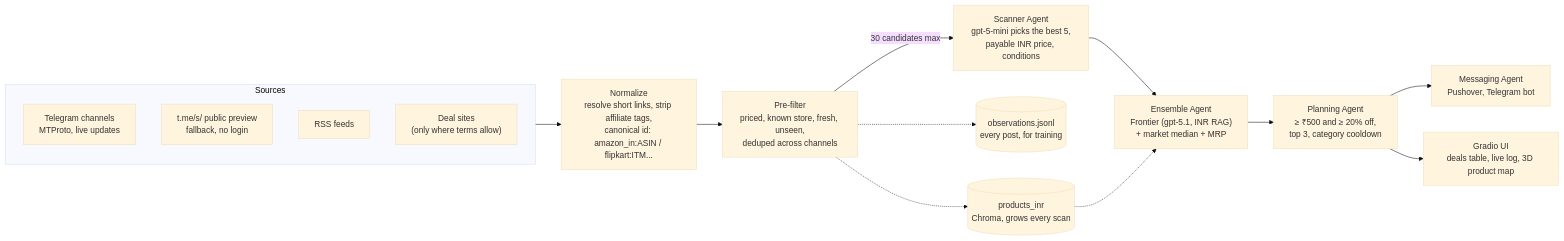
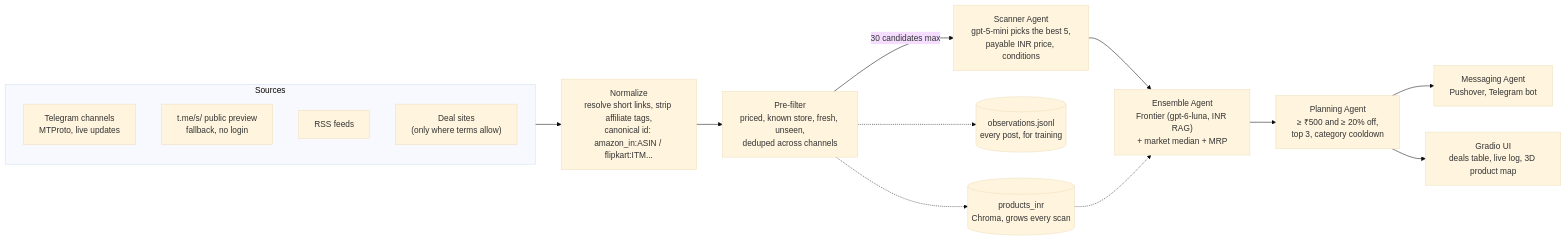
Before and after one commit to Yugjohri/Autonomous-Multi-Agent-Bargain-Spotter-: the diagram in README.md, drawn with Mermaid (base theme). The commit also changed other lines of this file and 2 other files, not shown here.

First line of the commit message:
Switch the Frontier estimate to gpt-6-luna

````diff
--- a/README.md
+++ b/README.md
@@ -13,19 +13,19 @@
 ```mermaid
 flowchart LR
     subgraph Sources
         TG["Telegram channels<br/>MTProto, live updates"]
         TGP["t.me/s/ public preview<br/>fallback, no login"]
         RSS["RSS feeds"]
         AGG["Deal sites<br/>(only where terms allow)"]
     end
     Sources --> N["Normalize<br/>resolve short links, strip affiliate tags,<br/>canonical id: amazon_in:ASIN / flipkart:ITM..."]
     N --> F["Pre-filter<br/>priced, known store, fresh, unseen,<br/>deduped across channels"]
     F -->|"30 candidates max"| S["Scanner Agent<br/>gpt-5-mini picks the best 5,<br/>payable INR price, conditions"]
-    S --> E["Ensemble Agent<br/>Frontier (gpt-5.1, INR RAG)<br/>+ market median + MRP"]
+    S --> E["Ensemble Agent<br/>Frontier (gpt-6-luna, INR RAG)<br/>+ market median + MRP"]
     E --> P["Planning Agent<br/>≥ ₹500 and ≥ 20% off,<br/>top 3, category cooldown"]
     P --> M["Messaging Agent<br/>Pushover, Telegram bot"]
     P --> UI["Gradio UI<br/>deals table, live log, 3D product map"]
     F -.-> O[("observations.jsonl<br/>every post, for training")]
     F -.-> V[("products_inr<br/>Chroma, grows every scan")]
     V -.-> E
 ```
````
